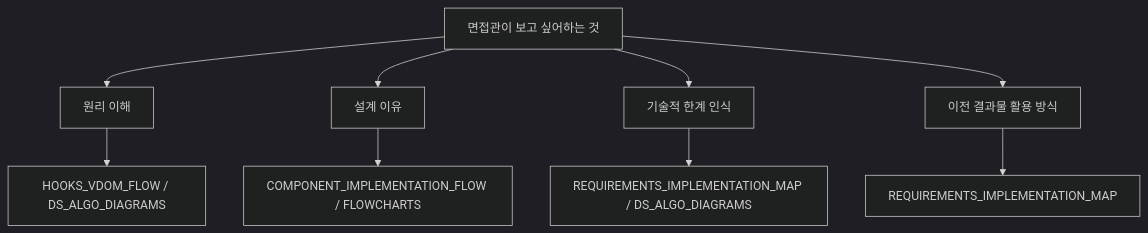
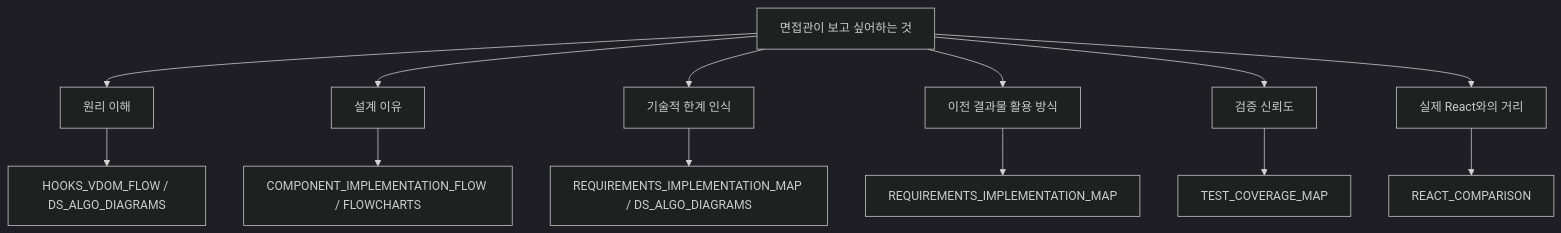
Before and after one commit to Jungle-12-303/week5-team3-react2: the fourth of 4 diagrams in docs/MASTER_DIAGRAM_ATLAS.md, drawn with Mermaid (dark theme). The commit also changed other lines of this file and 5 other files, not shown here.

Commit message:
docs: add test coverage map and react comparison

````diff
--- a/docs/MASTER_DIAGRAM_ATLAS.md
+++ b/docs/MASTER_DIAGRAM_ATLAS.md
@@ -74,12 +88,16 @@
 ```mermaid
 flowchart TD
     A["면접관이 보고 싶어하는 것"] --> B["원리 이해"]
     A --> C["설계 이유"]
     A --> D["기술적 한계 인식"]
     A --> E["이전 결과물 활용 방식"]
+    A --> F["검증 신뢰도"]
+    A --> G["실제 React와의 거리"]
 
     B --> B1["HOOKS_VDOM_FLOW / DS_ALGO_DIAGRAMS"]
     C --> C1["COMPONENT_IMPLEMENTATION_FLOW / FLOWCHARTS"]
     D --> D1["REQUIREMENTS_IMPLEMENTATION_MAP / DS_ALGO_DIAGRAMS"]
     E --> E1["REQUIREMENTS_IMPLEMENTATION_MAP"]
+    F --> F1["TEST_COVERAGE_MAP"]
+    G --> G1["REACT_COMPARISON"]
 ```
````
